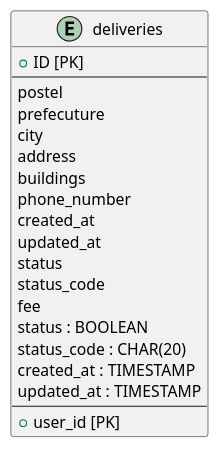
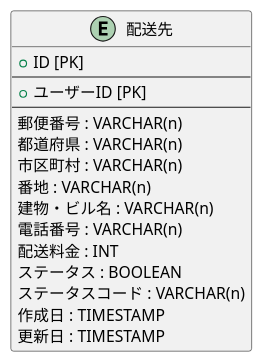
Before and after one commit to mybz-inc/sneaker: the diagram in db/deliveries.pu, drawn with PlantUML. The commit also changed 17 other files, not shown here.

```diff
--- a/db/deliveries.pu
+++ b/db/deliveries.pu
@@ -1,23 +1,19 @@
-@startuml deliveries
-entity deliveries {
+@startuml 配送先
+entity 配送先 {
   + ID [PK]
   --
-  postel
-  prefecuture
-  city
-  address
-  buildings
-  phone_number
-  created_at
-  updated_at
-  status
-  status_code
-  fee
-  status : BOOLEAN
-  status_code : CHAR(20)
-  created_at : TIMESTAMP
-  updated_at : TIMESTAMP
+  + ユーザーID [PK]
   --
-  + user_id [PK]
+  郵便番号 : VARCHAR(n)
+  都道府県 : VARCHAR(n)
+  市区町村 : VARCHAR(n)
+  番地 : VARCHAR(n)
+  建物・ビル名 : VARCHAR(n)
+  電話番号 : VARCHAR(n)
+  配送料金 : INT
+  ステータス : BOOLEAN
+  ステータスコード : VARCHAR(n)
+  作成日 : TIMESTAMP
+  更新日 : TIMESTAMP
 }
 @enduml
```
